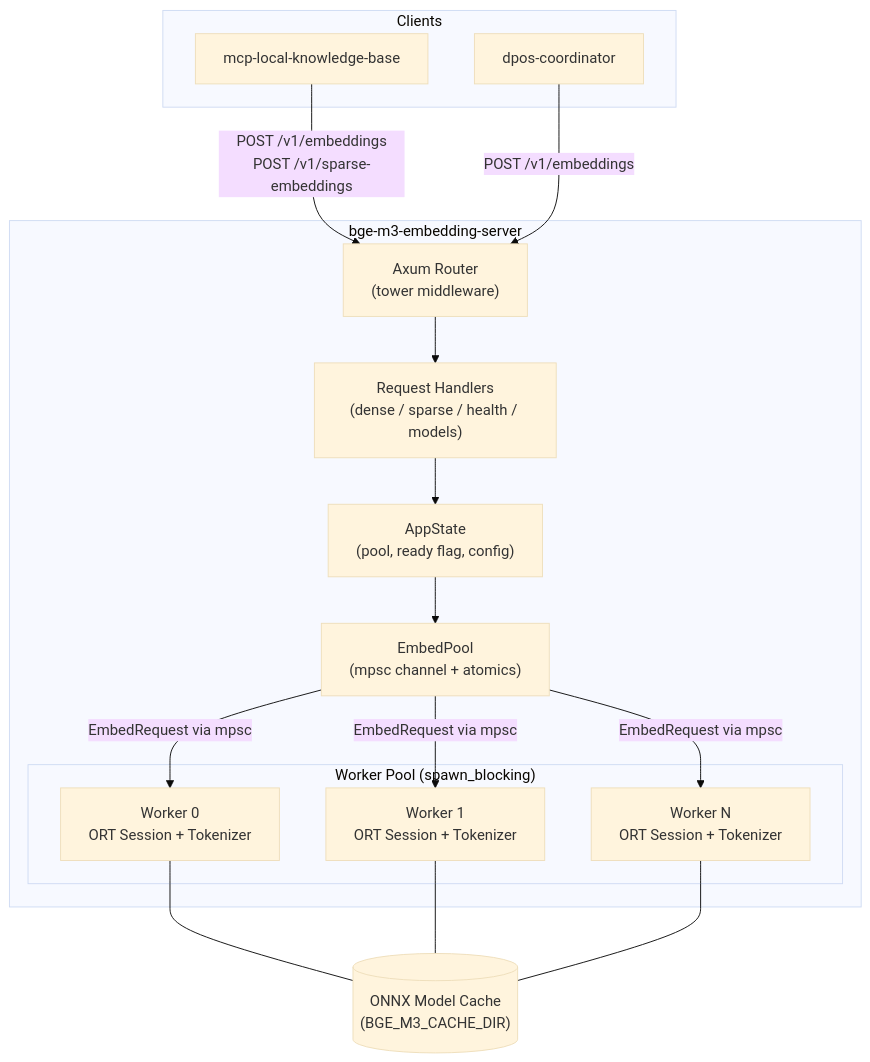
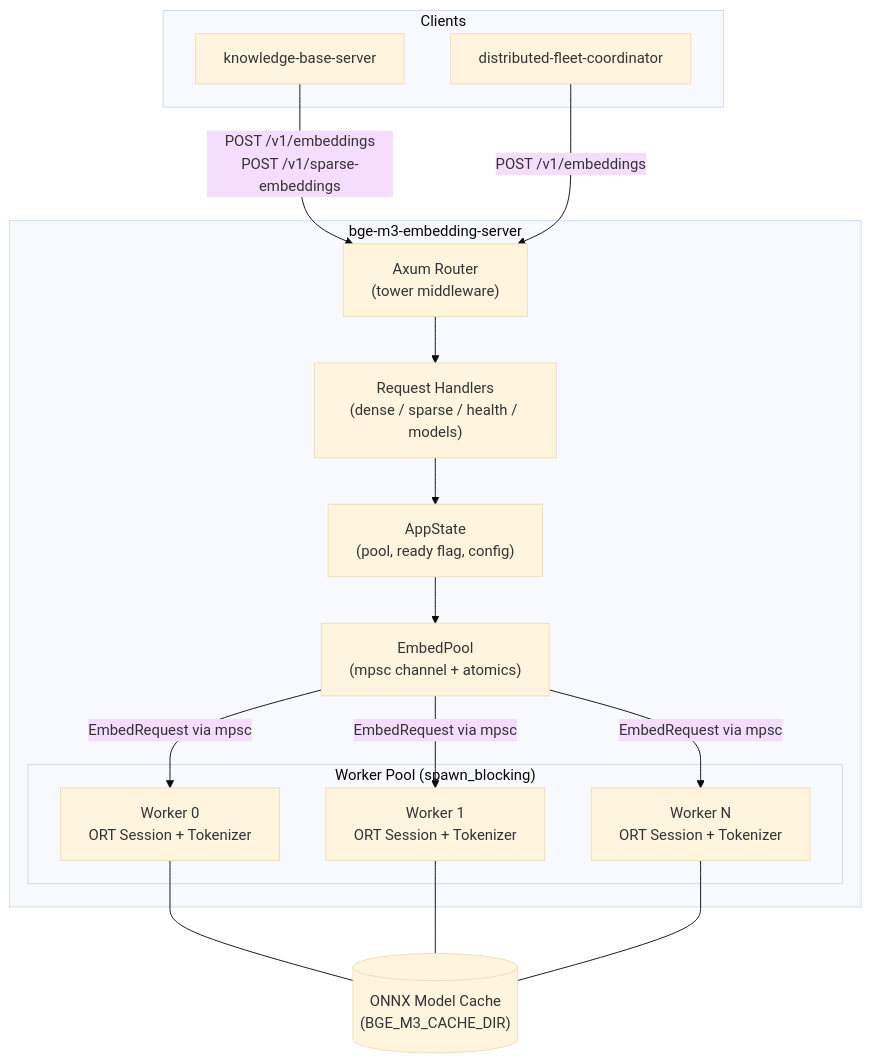
The first of 4 diagrams in docs/architecture.md (Fulton-Engineering-Services/bge-m3-embedding-server), drawn with Mermaid (base theme) before and after one commit.

Commit message:
refactor(docs): update architecture diagram client names
Renamed the clients in the architecture diagram from 'mcp-local-knowledge-base' to 'knowledge-base-server' and 'dpos-coordinator' to 'distributed-fleet-coordinator' for clarity and consistency with project naming conventions.

````diff
--- a/docs/architecture.md
+++ b/docs/architecture.md
@@ -11,34 +11,34 @@
 ```mermaid
 graph TB
     subgraph Clients
-        KnowledgeBase["mcp-local-knowledge-base"]
-        Coordinator["dpos-coordinator"]
+        KnowledgeBase["knowledge-base-server"]
+        Coordinator["distributed-fleet-coordinator"]
     end
 
     subgraph "bge-m3-embedding-server"
         Router["Axum Router<br/>(tower middleware)"]
         Handlers["Request Handlers<br/>(dense / sparse / health / models)"]
         AppState["AppState<br/>(pool, ready flag, config)"]
         Pool["EmbedPool<br/>(mpsc channel + atomics)"]
 
         subgraph "Worker Pool (spawn_blocking)"
             W0["Worker 0<br/>ORT Session + Tokenizer"]
             W1["Worker 1<br/>ORT Session + Tokenizer"]
             Wn["Worker N<br/>ORT Session + Tokenizer"]
         end
     end
 
     Cache[("ONNX Model Cache<br/>(BGE_M3_CACHE_DIR)")]
 
     KnowledgeBase -->|"POST /v1/embeddings<br/>POST /v1/sparse-embeddings"| Router
     Coordinator -->|"POST /v1/embeddings"| Router
     Router --> Handlers
     Handlers --> AppState
     AppState --> Pool
     Pool -->|"EmbedRequest via mpsc"| W0
     Pool -->|"EmbedRequest via mpsc"| W1
     Pool -->|"EmbedRequest via mpsc"| Wn
     W0 --- Cache
     W1 --- Cache
     Wn --- Cache
 ```
````
